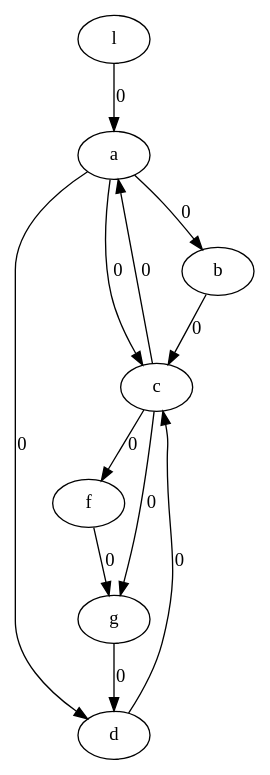
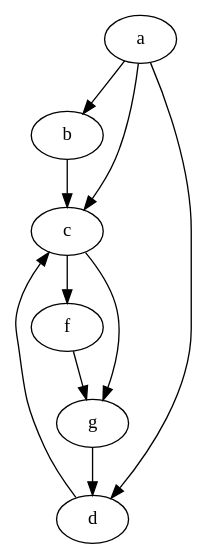
One commit to nicofiorini98/data_structure changed the diagram in output_test/oriented_graph.dot. Above: the diagram before and after it, drawn with Graphviz. The commit also changed 19 other files, not shown here.

```diff
--- a/output_test/oriented_graph.dot
+++ b/output_test/oriented_graph.dot
@@ -1,13 +1,11 @@
 digraph G {
-a -> b [label="0"]
-a -> d [label="0"]
-b -> c [label="0"]
-c -> f [label="0"]
-c -> g [label="0"]
-c -> a [label="0"]
-d -> c [label="0"]
-f -> g [label="0"]
-g -> d [label="0"]
-a -> c [label="0"]
-l -> a [label="0"]
+a -> b 
+a -> d
+b -> c
+c -> f
+c -> g
+d -> c
+f -> g
+g -> d
+a -> c
 }
```
